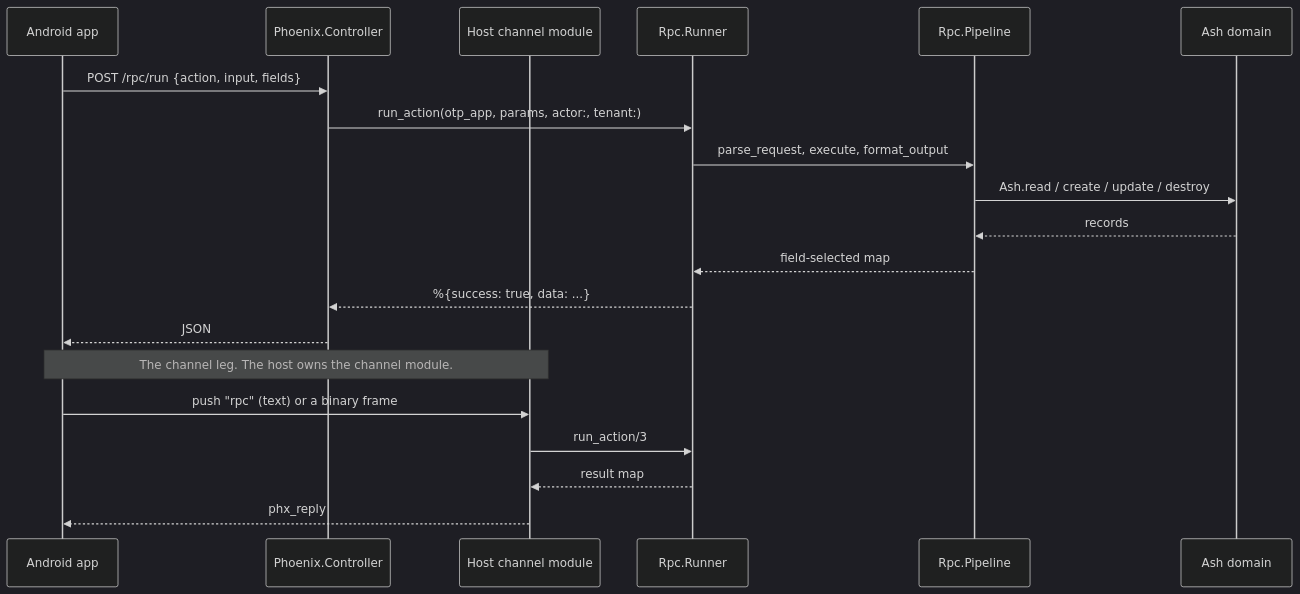
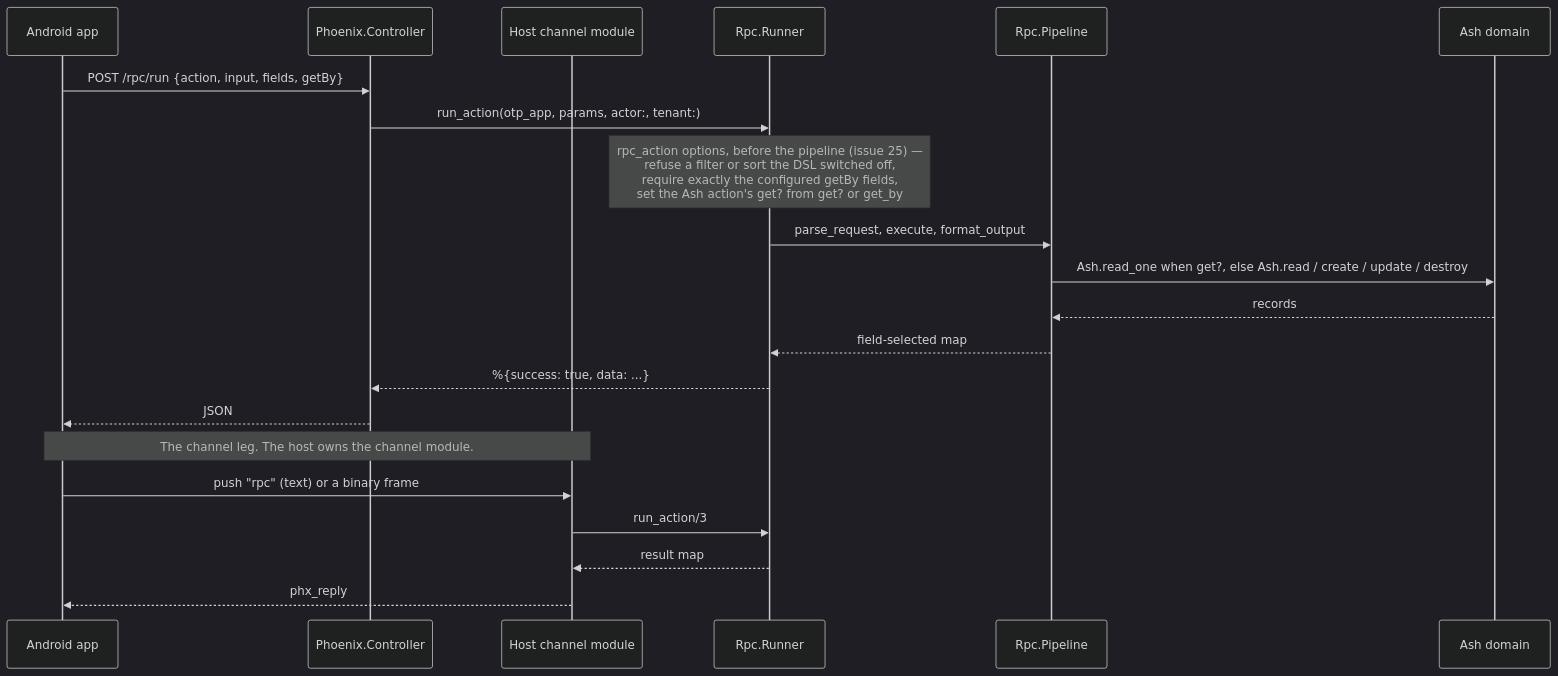
The fourth of 4 diagrams in docs/architecture.md (udin-io/ash_kotlin_multiplatform), drawn with Mermaid (dark theme) before and after one commit. The commit also changed other lines of this file and 4 other files, not shown here.

````diff
--- a/docs/architecture.md
+++ b/docs/architecture.md
@@ -136,24 +154,25 @@
 ```mermaid
 sequenceDiagram
     participant App as Android app
     participant Ctl as Phoenix.Controller
     participant Ch as Host channel module
     participant Run as Rpc.Runner
     participant Pipe as Rpc.Pipeline
     participant Ash as Ash domain
 
-    App->>Ctl: POST /rpc/run {action, input, fields}
+    App->>Ctl: POST /rpc/run {action, input, fields, getBy}
     Ctl->>Run: run_action(otp_app, params, actor:, tenant:)
+    Note over Run: rpc_action options, before the pipeline (issue 25) —<br/>refuse a filter or sort the DSL switched off,<br/>require exactly the configured getBy fields,<br/>set the Ash action's get? from get? or get_by
     Run->>Pipe: parse_request, execute, format_output
-    Pipe->>Ash: Ash.read / create / update / destroy
+    Pipe->>Ash: Ash.read_one when get?, else Ash.read / create / update / destroy
     Ash-->>Pipe: records
     Pipe-->>Run: field-selected map
     Run-->>Ctl: %{success: true, data: ...}
     Ctl-->>App: JSON
 
     Note over App,Ch: The channel leg. The host owns the channel module.
     App->>Ch: push "rpc" (text) or a binary frame
     Ch->>Run: run_action/3
     Run-->>Ch: result map
     Ch-->>App: phx_reply
 ```
````
